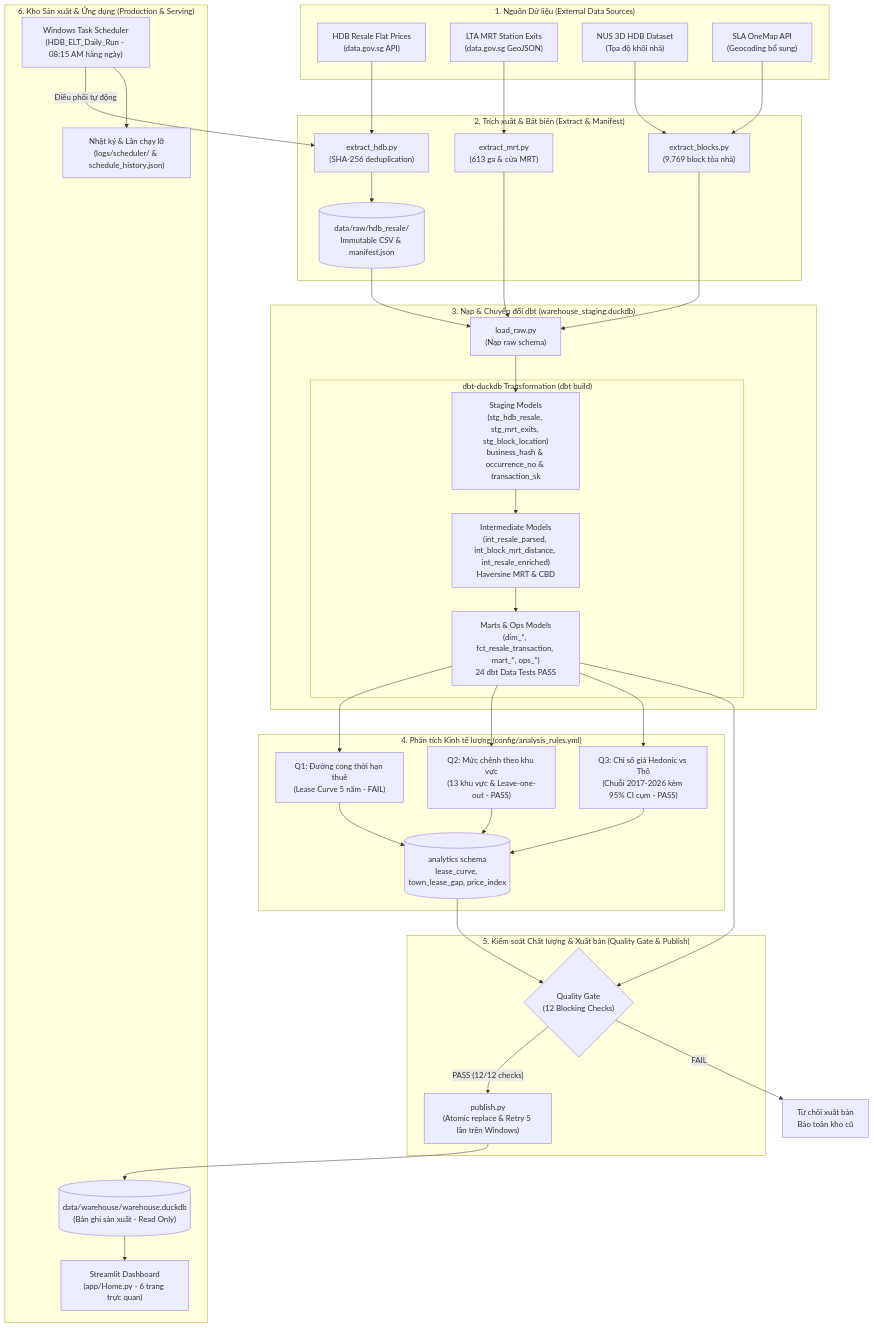
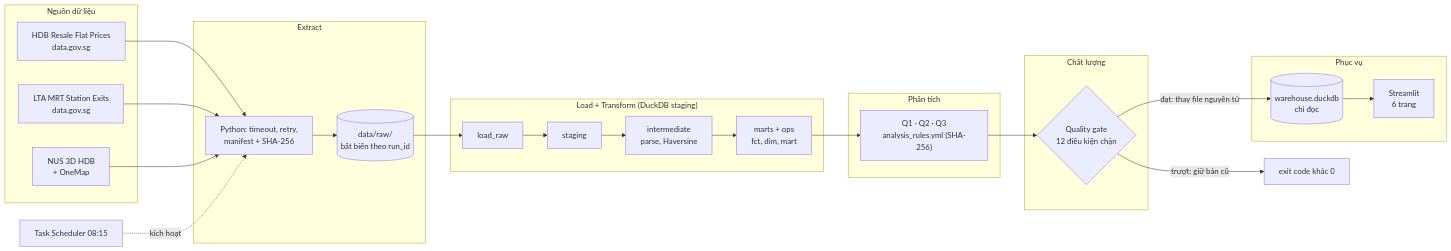
One commit to Quybuno/hdb_etl changed the diagram in README.md. Above: the diagram before and after it, drawn with Mermaid. The commit also changed other lines of this file, not shown here.

````diff
--- a/README.md
+++ b/README.md
@@ -22,78 +174,38 @@
 ```mermaid
-flowchart TD
-    subgraph SOURCES ["1. Nguồn Dữ liệu (External Data Sources)"]
-        S1["HDB Resale Flat Prices<br/>(data.gov.sg API)"]
-        S2["LTA MRT Station Exits<br/>(data.gov.sg GeoJSON)"]
-        S3["NUS 3D HDB Dataset<br/>(Tọa độ khối nhà)"]
-        S4["SLA OneMap API<br/>(Geocoding bổ sung)"]
+flowchart LR
+    subgraph SRC["Nguồn dữ liệu"]
+        S1["HDB Resale Flat Prices<br/>data.gov.sg"]
+        S2["LTA MRT Station Exits<br/>data.gov.sg"]
+        S3["NUS 3D HDB<br/>+ OneMap"]
     end
 
-    subgraph EXTRACT ["2. Trích xuất & Bất biến (Extract & Manifest)"]
-        E1["extract_hdb.py<br/>(SHA-256 deduplication)"]
-        E2["extract_mrt.py<br/>(613 ga & cửa MRT)"]
-        E3["extract_blocks.py<br/>(9,769 block tòa nhà)"]
-        RAW[("data/raw/hdb_resale/<br/>Immutable CSV & manifest.json")]
+    subgraph EXT["Extract"]
+        E["Python: timeout, retry,<br/>manifest + SHA-256"]
+        RAW[("data/raw/<br/>bất biến theo run_id")]
     end
 
-    subgraph STAGING ["3. Nạp & Chuyển đổi dbt (warehouse_staging.duckdb)"]
-        L1["load_raw.py<br/>(Nạp raw schema)"]
-        subgraph DBT ["dbt-duckdb Transformation (dbt build)"]
-            STG["Staging Models<br/>(stg_hdb_resale, stg_mrt_exits, stg_block_location)<br/>business_hash & occurrence_no & transaction_sk"]
-            INT["Intermediate Models<br/>(int_resale_parsed, int_block_mrt_distance, int_resale_enriched)<br/>Haversine MRT & CBD"]
-            MARTS["Marts & Ops Models<br/>(dim_*, fct_resale_transaction, mart_*, ops_*)<br/>24 dbt Data Tests PASS"]
-        end
+    subgraph TRF["Load + Transform (DuckDB staging)"]
+        L["load_raw"]
+        STG["staging"]
+        INT["intermediate<br/>parse, Haversine"]
+        MRT["marts + ops<br/>fct, dim, mart"]
     end
 
-    subgraph ANALYSIS ["4. Phân tích Kinh tế lượng (config/analysis_rules.yml)"]
-        Q1["Q1: Đường cong thời hạn thuê<br/>(Lease Curve 5 năm - FAIL)"]
-        Q2["Q2: Mức chênh theo khu vực<br/>(13 khu vực & Leave-one-out - PASS)"]
-        Q3["Q3: Chỉ số giá Hedonic vs Thô<br/>(Chuỗi 2017-2026 kèm 95% CI cụm - PASS)"]
-        AN_TABLES[("analytics schema<br/>lease_curve, town_lease_gap, price_index")]
+    subgraph ANA["Phân tích"]
+        A["Q1 · Q2 · Q3<br/>analysis_rules.yml (SHA-256)"]
     end
 
-    subgraph QUALITY ["5. Kiểm soát Chất lượng & Xuất bản (Quality Gate & Publish)"]
-        QG{"Quality Gate<br/>(12 Blocking Checks)"}
-        PUB["publish.py<br/>(Atomic replace & Retry 5 lần trên Windows)"]
+    subgraph QG["Chất lượng"]
+        G{"Quality gate<br/>12 điều kiện chặn"}
     end
 
-    subgraph SERVING ["6. Kho Sản xuất & Ứng dụng (Production & Serving)"]
-        PROD[("data/warehouse/warehouse.duckdb<br/>(Bản ghi sản xuất - Read Only)")]
-        DASH["Streamlit Dashboard<br/>(app/Home.py - 6 trang trực quan)"]
-        SCHED["Windows Task Scheduler<br/>(HDB_ELT_Daily_Run - 08:15 AM hàng ngày)"]
-        LOGS["Nhật ký & Lần chạy lỡ<br/>(logs/scheduler/ & schedule_history.json)"]
+    subgraph SRV["Phục vụ"]
+        P[("warehouse.duckdb<br/>chỉ đọc")]
+        D["Streamlit<br/>6 trang"]
     end
 
-    %% Luồng dữ liệu
-    S1 --> E1
-    S2 --> E2
-    S3 --> E3
-    S4 --> E3
-
-    E1 --> RAW
-    E2 --> L1
-    E3 --> L1
-    RAW --> L1
-
-    L1 --> STG
-    STG --> INT
-    INT --> MARTS
-
-    MARTS --> Q1
-    MARTS --> Q2
-    MARTS --> Q3
-
-    Q1 --> AN_TABLES
-    Q2 --> AN_TABLES
-    Q3 --> AN_TABLES
-
-    MARTS --> QG
-    AN_TABLES --> QG
-
-    QG -- "PASS (12/12 checks)" --> PUB
-    QG -- "FAIL" --> REJECT["Từ chối xuất bản<br/>Bảo toàn kho cũ"]
-
-    PUB --> PROD
-    PROD --> DASH
-    SCHED --> |"Điều phối tự động"| E1
-    SCHED --> LOGS
+    S1 & S2 & S3 --> E --> RAW --> L --> STG --> INT --> MRT --> A --> G
+    G -->|"đạt: thay file nguyên tử"| P --> D
+    G -->|"trượt: giữ bản cũ"| X["exit code khác 0"]
+    T["Task Scheduler 08:15"] -.->|"kích hoạt"| E
 ```
````
